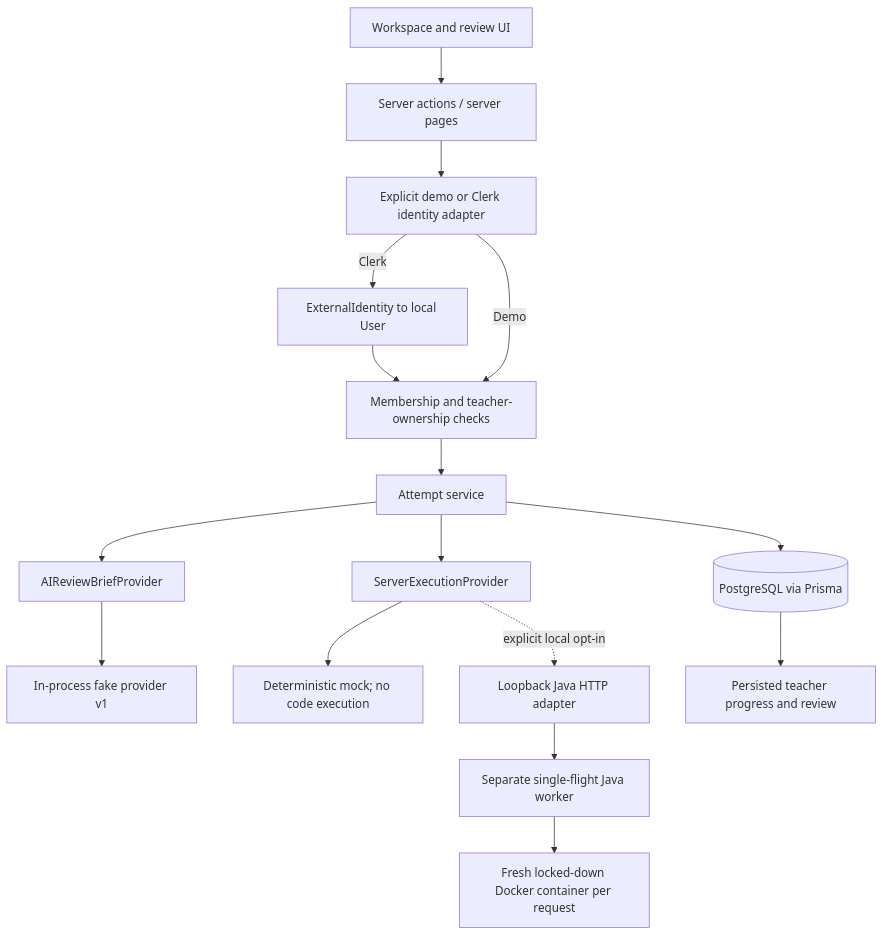
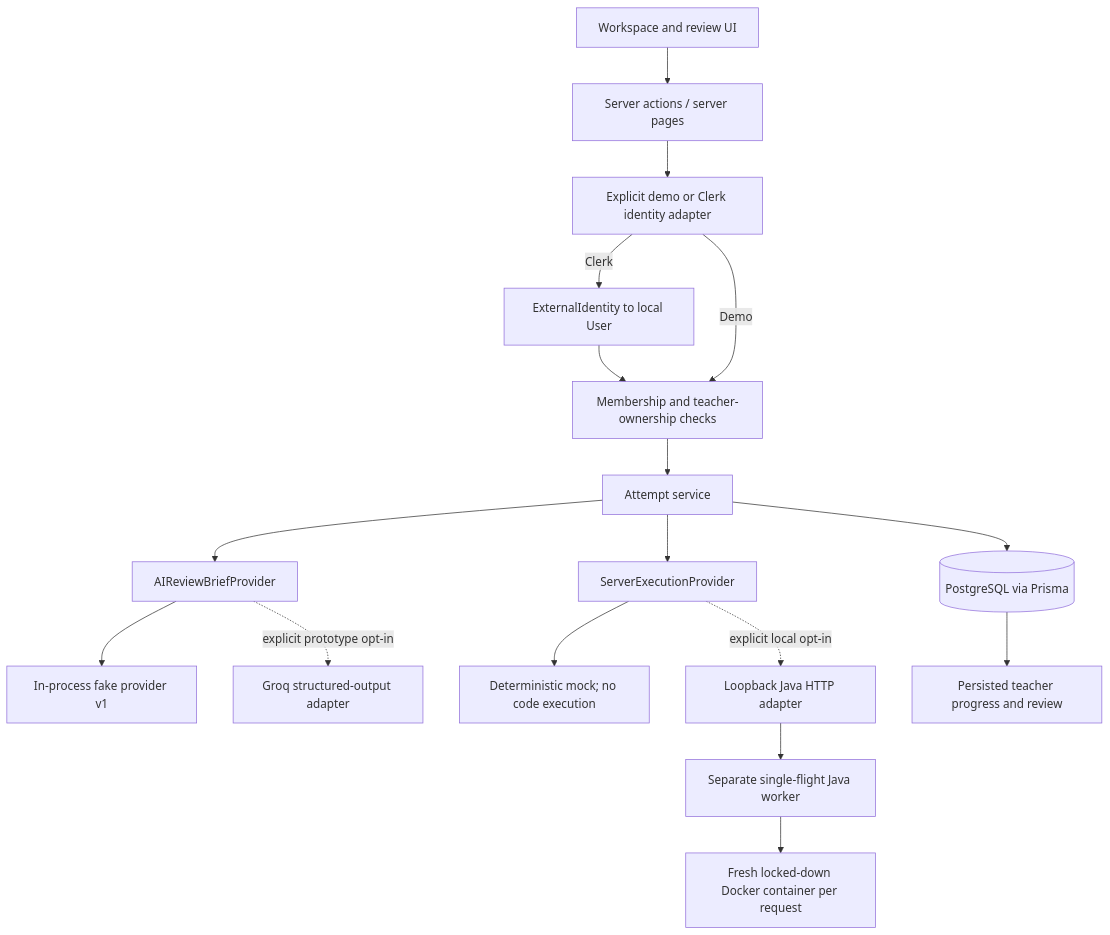
The first of 2 diagrams in docs/04-ARCHITECTURE.md (Tanishk1989/Labrix), drawn with Mermaid before and after one commit. The commit also changed other lines of this file and 13 other files, not shown here.

````diff
--- a/docs/04-ARCHITECTURE.md
+++ b/docs/04-ARCHITECTURE.md
@@ -7,18 +7,19 @@
 ```mermaid
 flowchart TB
   UI["Workspace and review UI"] --> A["Server actions / server pages"]
   A --> ID["Explicit demo or Clerk identity adapter"]
   ID -->|"Clerk"| MAP["ExternalIdentity to local User"]
   MAP --> AUTHZ
   ID -->|"Demo"| AUTHZ["Membership and teacher-ownership checks"]
   AUTHZ --> SVC["Attempt service"]
   SVC --> DB[("PostgreSQL via Prisma")]
   SVC --> EP["ServerExecutionProvider"]
   SVC --> AIP["AIReviewBriefProvider"]
   AIP --> FAKEAI["In-process fake provider v1"]
+  AIP -. "explicit prototype opt-in" .-> GROQ["Groq structured-output adapter"]
   EP --> MOCK["Deterministic mock; no code execution"]
   EP -. "explicit local opt-in" .-> JHTTP["Loopback Java HTTP adapter"]
   JHTTP --> WORKER["Separate single-flight Java worker"]
   WORKER --> DOCKER["Fresh locked-down Docker container per request"]
   DB --> REVIEW["Persisted teacher progress and review"]
 ```
````
